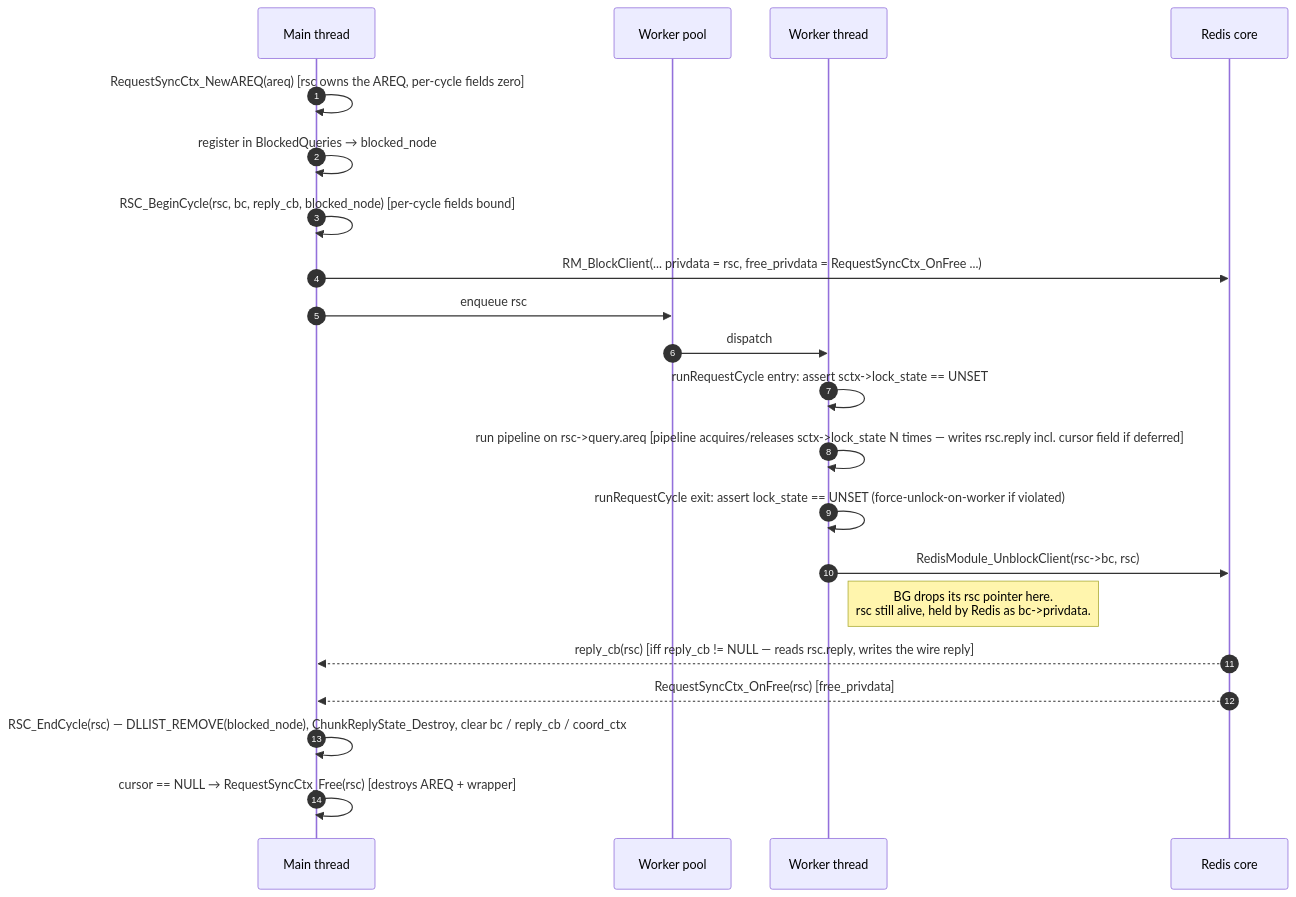
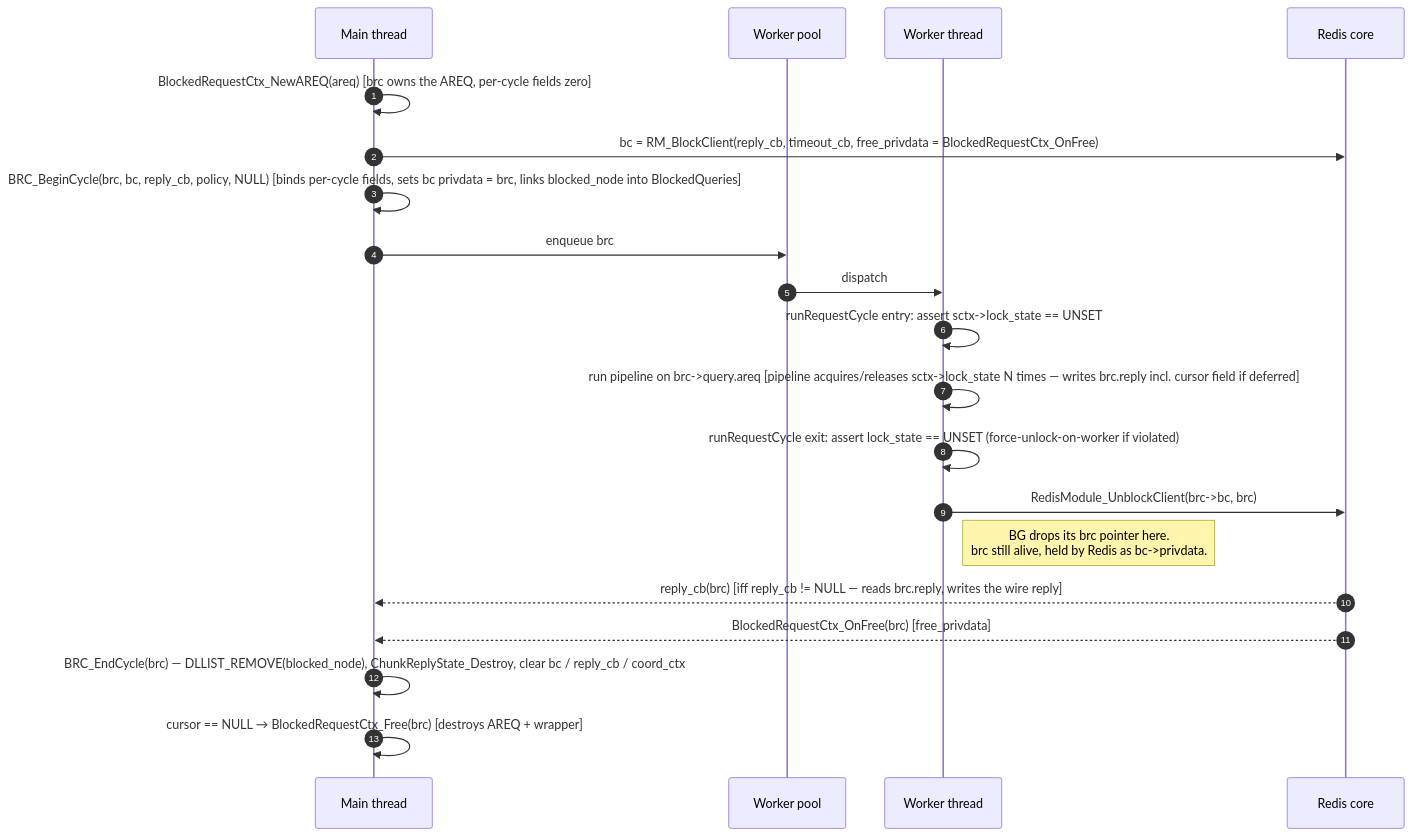
One commit to RediSearch/RediSearch changed the third of 5 diagrams in docs/design/blocked_client_refactor.md. Above: the diagram before and after it, drawn with Mermaid. The commit also changed other lines of this file and 1 other file, not shown here.

First line of the commit message:
docs(design): refresh blocked-client refactor for completed RETURN_STRICT

````diff
--- a/docs/design/blocked_client_refactor.md
+++ b/docs/design/blocked_client_refactor.md
@@ -525,24 +660,23 @@
 ```mermaid
 sequenceDiagram
   autonumber
   participant Main as Main thread
   participant Pool as Worker pool
   participant Worker as Worker thread
   participant Redis as Redis core
 
-  Main->>Main: RequestSyncCtx_NewAREQ(areq)  [rsc owns the AREQ, per-cycle fields zero]
-  Main->>Main: register in BlockedQueries → blocked_node
-  Main->>Main: RSC_BeginCycle(rsc, bc, reply_cb, blocked_node)  [per-cycle fields bound]
-  Main->>Redis: RM_BlockClient(... privdata = rsc, free_privdata = RequestSyncCtx_OnFree ...)
-  Main->>Pool: enqueue rsc
+  Main->>Main: BlockedRequestCtx_NewAREQ(areq)  [brc owns the AREQ, per-cycle fields zero]
+  Main->>Redis: bc = RM_BlockClient(reply_cb, timeout_cb, free_privdata = BlockedRequestCtx_OnFree)
+  Main->>Main: BRC_BeginCycle(brc, bc, reply_cb, policy, NULL)  [binds per-cycle fields, sets bc privdata = brc, links blocked_node into BlockedQueries]
+  Main->>Pool: enqueue brc
   Pool->>Worker: dispatch
   Worker->>Worker: runRequestCycle entry: assert sctx->lock_state == UNSET
-  Worker->>Worker: run pipeline on rsc->query.areq  [pipeline acquires/releases sctx->lock_state N times — writes rsc.reply incl. cursor field if deferred]
+  Worker->>Worker: run pipeline on brc->query.areq  [pipeline acquires/releases sctx->lock_state N times — writes brc.reply incl. cursor field if deferred]
   Worker->>Worker: runRequestCycle exit: assert lock_state == UNSET (force-unlock-on-worker if violated)
-  Worker->>Redis: RedisModule_UnblockClient(rsc->bc, rsc)
-  Note right of Worker: BG drops its rsc pointer here.<br/>rsc still alive, held by Redis as bc->privdata.
-  Redis-->>Main: reply_cb(rsc)  [iff reply_cb != NULL — reads rsc.reply, writes the wire reply]
-  Redis-->>Main: RequestSyncCtx_OnFree(rsc)  [free_privdata]
-  Main->>Main: RSC_EndCycle(rsc) — DLLIST_REMOVE(blocked_node), ChunkReplyState_Destroy, clear bc / reply_cb / coord_ctx
-  Main->>Main: cursor == NULL → RequestSyncCtx_Free(rsc)  [destroys AREQ + wrapper]
+  Worker->>Redis: RedisModule_UnblockClient(brc->bc, brc)
+  Note right of Worker: BG drops its brc pointer here.<br/>brc still alive, held by Redis as bc->privdata.
+  Redis-->>Main: reply_cb(brc)  [iff reply_cb != NULL — reads brc.reply, writes the wire reply]
+  Redis-->>Main: BlockedRequestCtx_OnFree(brc)  [free_privdata]
+  Main->>Main: BRC_EndCycle(brc) — DLLIST_REMOVE(blocked_node), ChunkReplyState_Destroy, clear bc / reply_cb / coord_ctx
+  Main->>Main: cursor == NULL → BlockedRequestCtx_Free(brc)  [destroys AREQ + wrapper]
 ```
````
